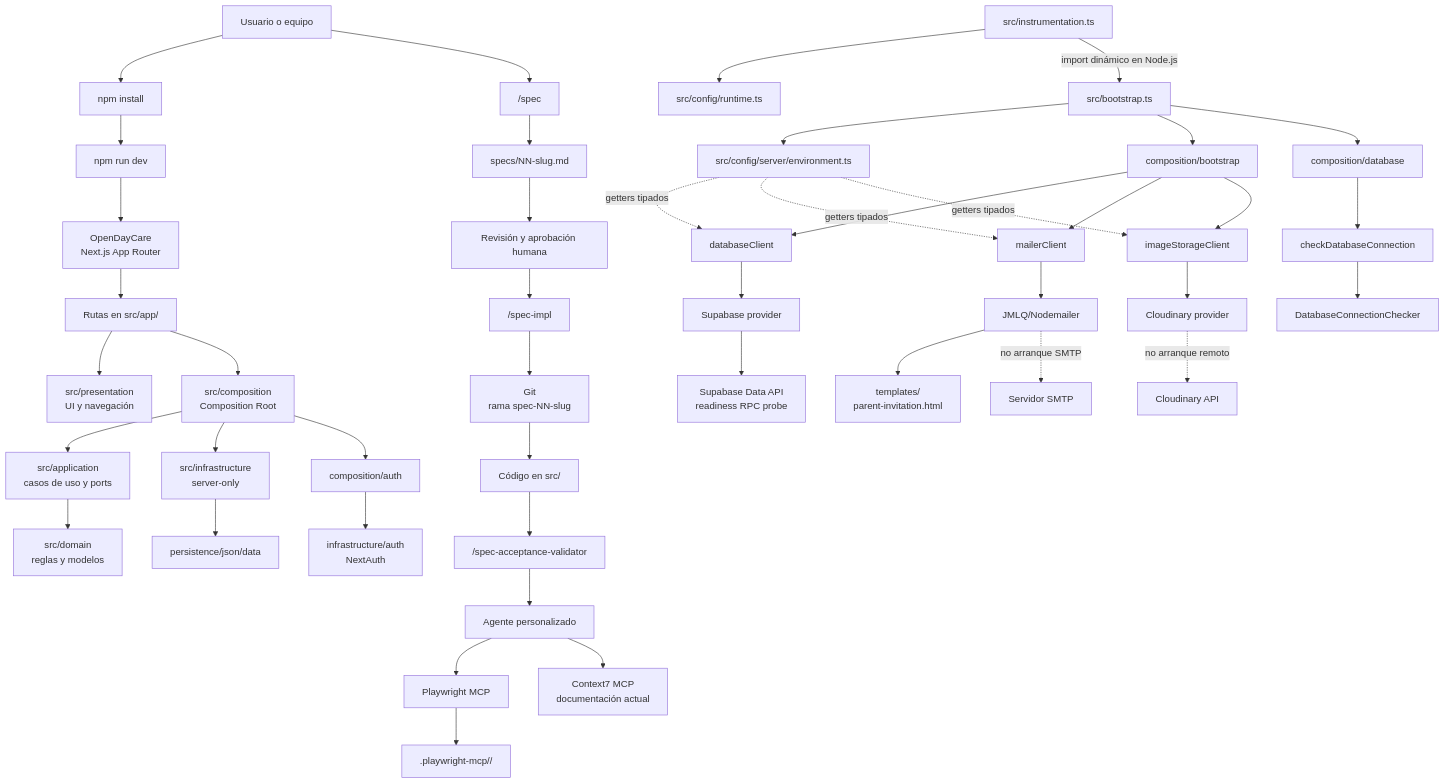
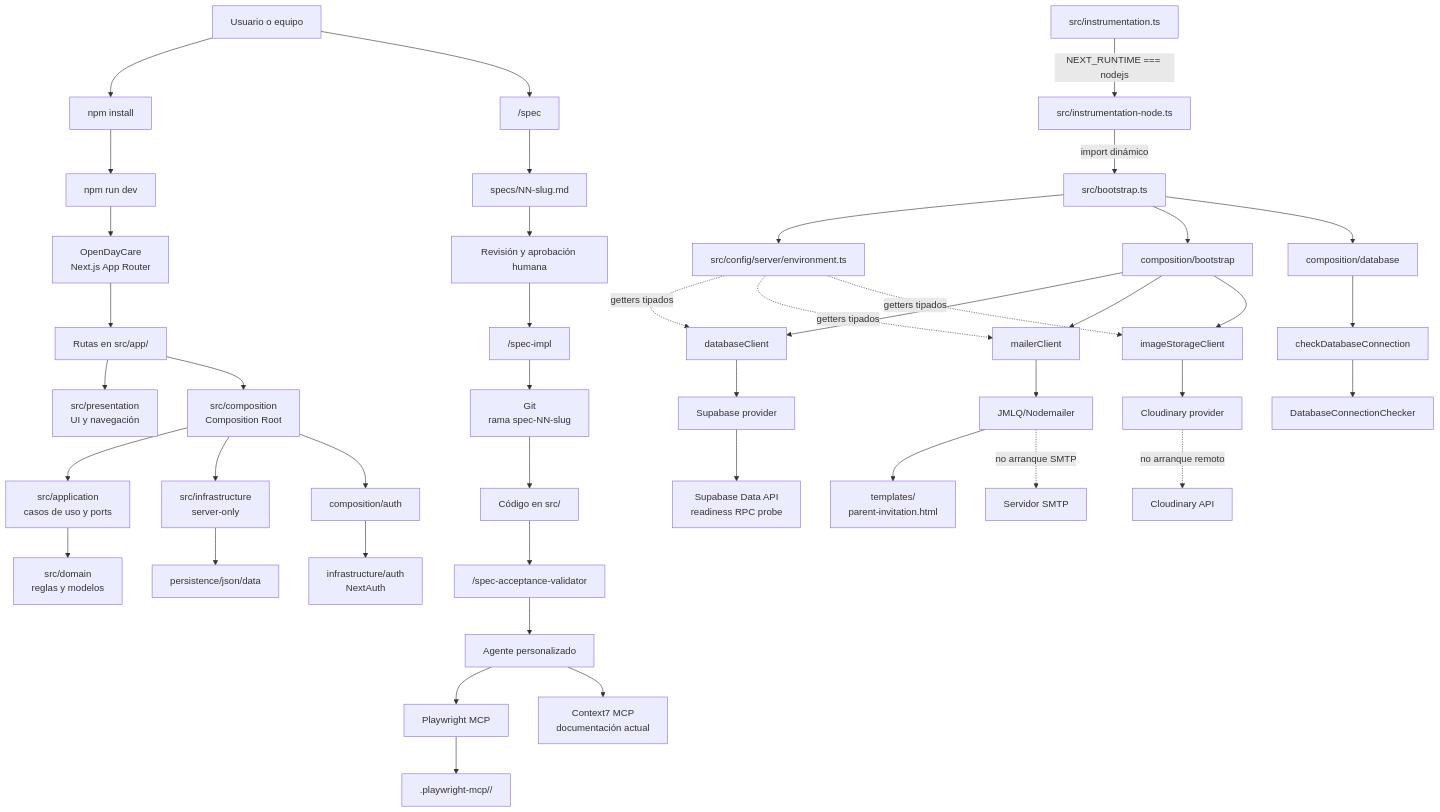
One commit to MLahuasi/opencode-daycare changed the first of 2 diagrams in README.md. Above: the diagram before and after it, drawn with Mermaid. The commit also changed 7 other files, not shown here.

Commit message:
Open-Day-Care - architecture-refactor

````diff
--- a/README.md
+++ b/README.md
@@ -257,49 +257,49 @@
 ```mermaid
 flowchart TD
     U[Usuario o equipo] --> I[npm install]
     I --> R[npm run dev]
     R --> APP["OpenDayCare<br/>Next.js App Router"]
 
     APP --> ROUTES["Rutas en src/app/"]
     ROUTES --> PRESENTATION["src/presentation<br/>UI y navegación"]
     ROUTES --> COMPOSITION["src/composition<br/>Composition Root"]
     COMPOSITION --> APPLICATION["src/application<br/>casos de uso y ports"]
     APPLICATION --> DOMAIN["src/domain<br/>reglas y modelos"]
     COMPOSITION --> INFRA["src/infrastructure<br/>server-only"]
     INFRA --> JSON["persistence/json/data"]
     COMPOSITION --> AUTH["composition/auth"]
     AUTH --> NEXTAUTH["infrastructure/auth<br/>NextAuth"]
 
-    INSTRUMENTATION["src/instrumentation.ts"] --> RUNTIME["src/config/runtime.ts"]
-    INSTRUMENTATION -->|import dinámico en Node.js| BOOTSTRAP["src/bootstrap.ts"]
+    INSTRUMENTATION["src/instrumentation.ts"] -->|NEXT_RUNTIME === nodejs| NODE_INSTRUMENTATION["src/instrumentation-node.ts"]
+    NODE_INSTRUMENTATION -->|import dinámico| BOOTSTRAP["src/bootstrap.ts"]
     BOOTSTRAP --> ENV["src/config/server/environment.ts"]
     BOOTSTRAP --> BOOT_COMPOSITION["composition/bootstrap"]
     BOOTSTRAP --> DB_COMPOSITION["composition/database"]
     BOOT_COMPOSITION --> DB["databaseClient"]
     BOOT_COMPOSITION --> MAILER["mailerClient"]
     BOOT_COMPOSITION --> IMAGE["imageStorageClient"]
     DB_COMPOSITION --> CHECK["checkDatabaseConnection"]
     CHECK --> DB_PORT["DatabaseConnectionChecker"]
     DB --> SUPABASE_PROVIDER["Supabase provider"]
     SUPABASE_PROVIDER --> SUPABASE["Supabase Data API<br/>readiness RPC probe"]
     MAILER --> JMLQ["JMLQ/Nodemailer"]
     JMLQ --> TEMPLATE["templates/<br/>parent-invitation.html"]
     JMLQ -. no arranque SMTP .-> SMTP["Servidor SMTP"]
     IMAGE --> CLOUDINARY["Cloudinary provider"]
     CLOUDINARY -. no arranque remoto .-> CLOUDINARY_API["Cloudinary API"]
     ENV -. getters tipados .-> DB
     ENV -. getters tipados .-> MAILER
     ENV -. getters tipados .-> IMAGE
 
     U --> SPEC["/spec"]
     SPEC --> FILE["specs/NN-slug.md"]
     FILE --> HUMAN["Revisión y aprobación humana"]
     HUMAN --> IMPL["/spec-impl"]
     IMPL --> GIT["Git<br/>rama spec-NN-slug"]
     GIT --> CODE["Código en src/"]
     CODE --> VALIDATE["/spec-acceptance-validator"]
     VALIDATE --> AGENT[Agente personalizado]
     AGENT --> PW[Playwright MCP]
     PW --> ART[".playwright-mcp/<Feature>/"]
     AGENT --> C7["Context7 MCP<br/>documentación actual"]
 ```
````
